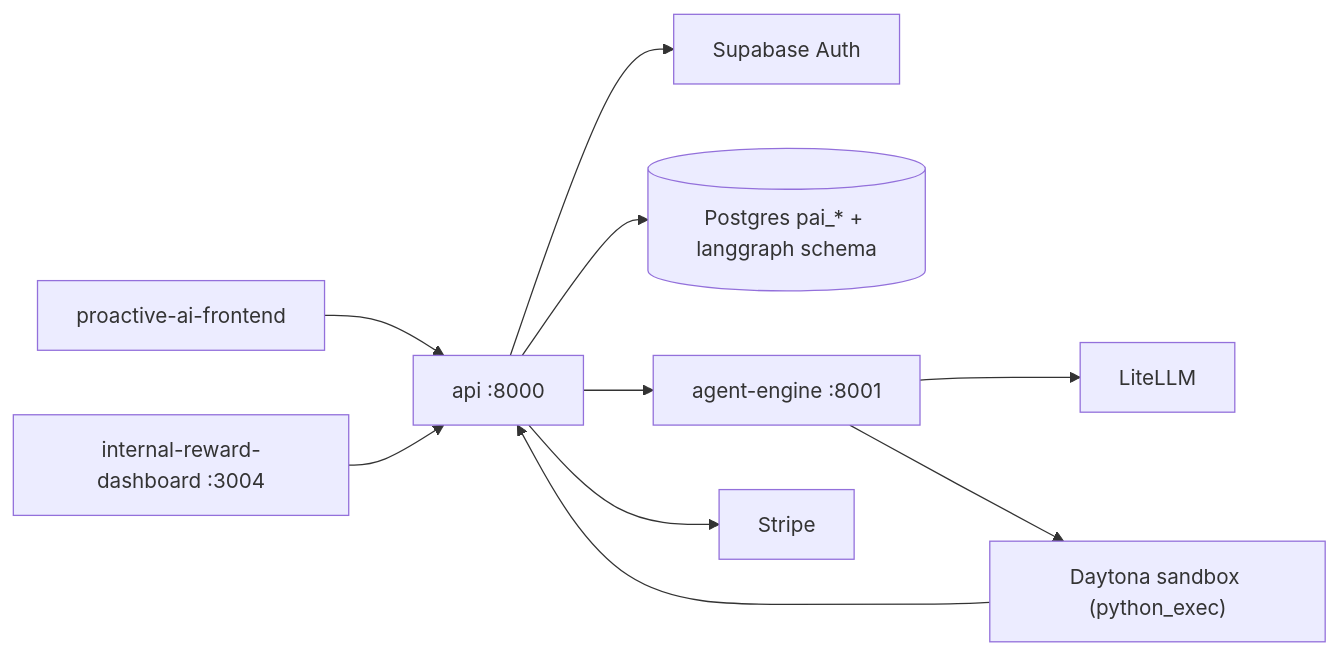
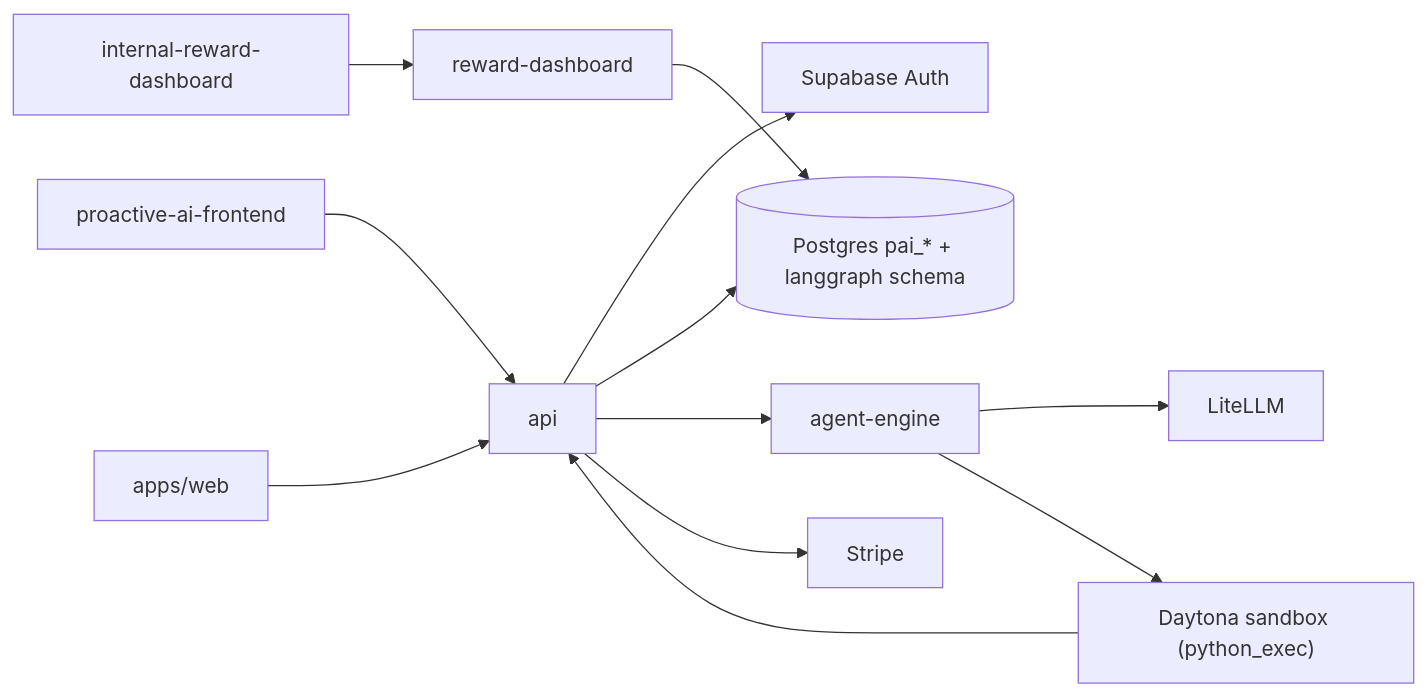
One commit to Edge-AI-HQ/proactive-assistant changed the diagram in docs/modules/runtime-deployment.mdx. Above: the diagram before and after it, drawn with Mermaid. The commit also changed other lines of this file, not shown here.

````diff
--- a/docs/modules/runtime-deployment.mdx
+++ b/docs/modules/runtime-deployment.mdx
@@ -12,12 +12,14 @@
 ```mermaid
 flowchart LR
-  FE["proactive-ai-frontend"] --> Web["api :8000"]
-  RewardDash["internal-reward-dashboard :3004"] --> Web
-  Web --> Auth["Supabase Auth"]
-  Web --> PG[("Postgres pai_* + langgraph schema")]
-  Web --> Chat["agent-engine :8001"]
-  Chat --> LiteLLM["LiteLLM"]
-  Chat --> Sandbox["Daytona sandbox (python_exec)"]
-  Sandbox --> Web
-  Web --> Stripe["Stripe"]
+  PAF["proactive-ai-frontend"] --> API["api"]
+  WEB["apps/web"] --> API
+  RFE["internal-reward-dashboard"] --> RWD["reward-dashboard"]
+  API --> Auth["Supabase Auth"]
+  API --> PG[("Postgres pai_* + langgraph schema")]
+  RWD --> PG
+  API --> ENG["agent-engine"]
+  ENG --> LiteLLM["LiteLLM"]
+  ENG --> Sandbox["Daytona sandbox (python_exec)"]
+  Sandbox --> API
+  API --> Stripe["Stripe"]
 ```
````
